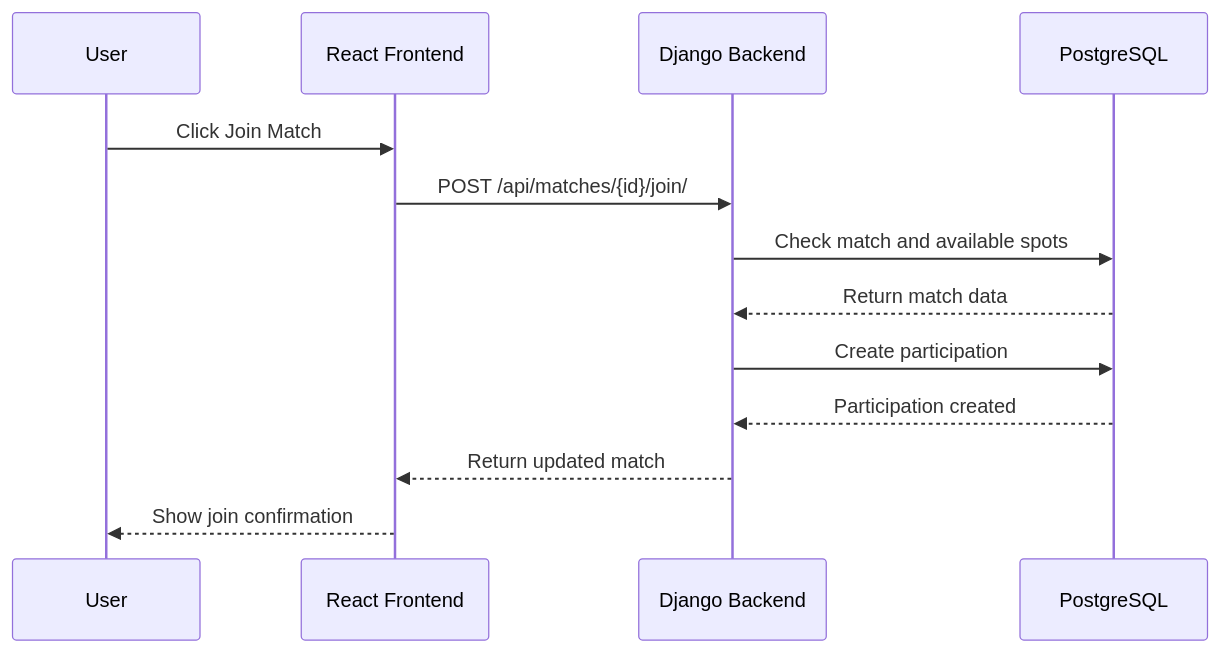
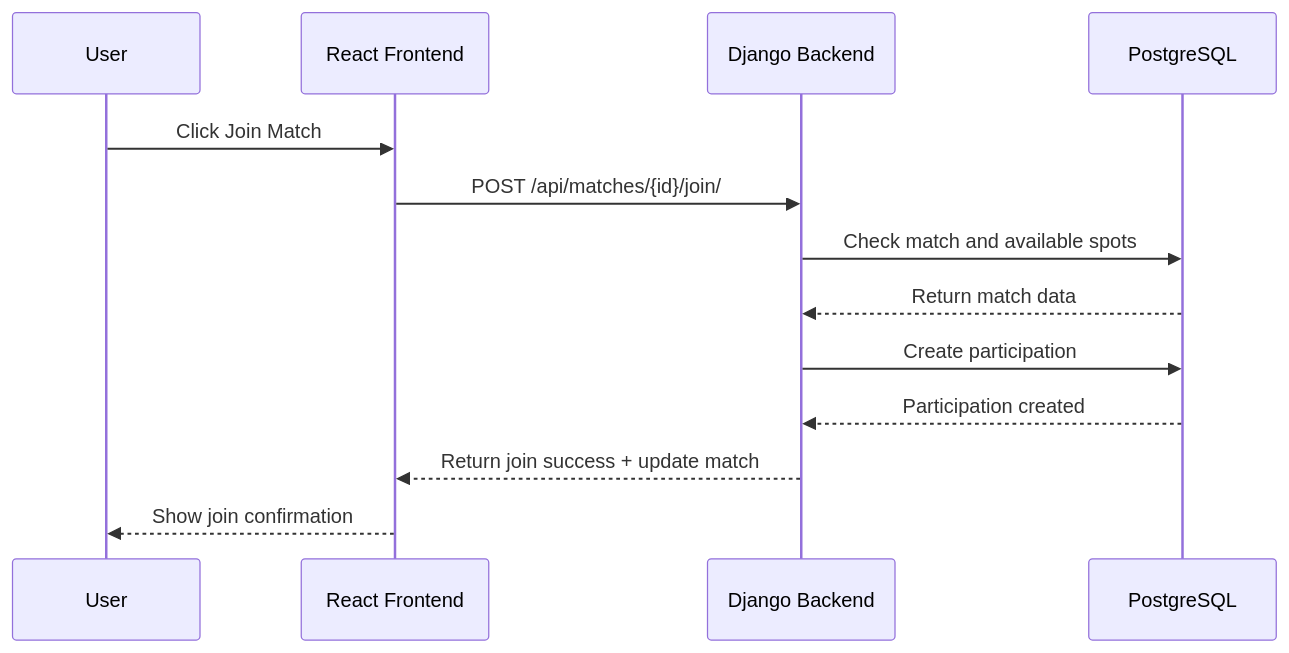
One commit to rywma/Wesal changed the second of 2 diagrams in stage3/readme.md. Above: the diagram before and after it, drawn with Mermaid.

Commit message:
Update join match sequence response readme.md

````diff
--- a/stage3/readme.md
+++ b/stage3/readme.md
@@ -179,16 +179,16 @@
 ```mermaid
 sequenceDiagram
     participant U as User
     participant F as React Frontend
     participant B as Django Backend
     participant D as PostgreSQL
 
     U->>F: Click Join Match
     F->>B: POST /api/matches/{id}/join/
     B->>D: Check match and available spots
     D-->>B: Return match data
     B->>D: Create participation
     D-->>B: Participation created
-    B-->>F: Return updated match
+    B-->>F: Return join success + update match
     F-->>U: Show join confirmation
 ```
````
